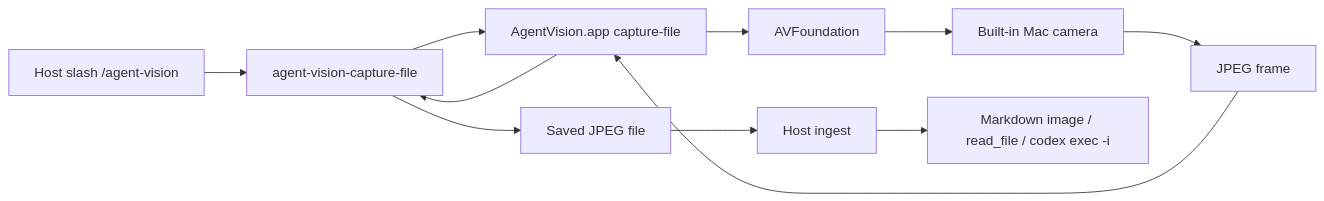
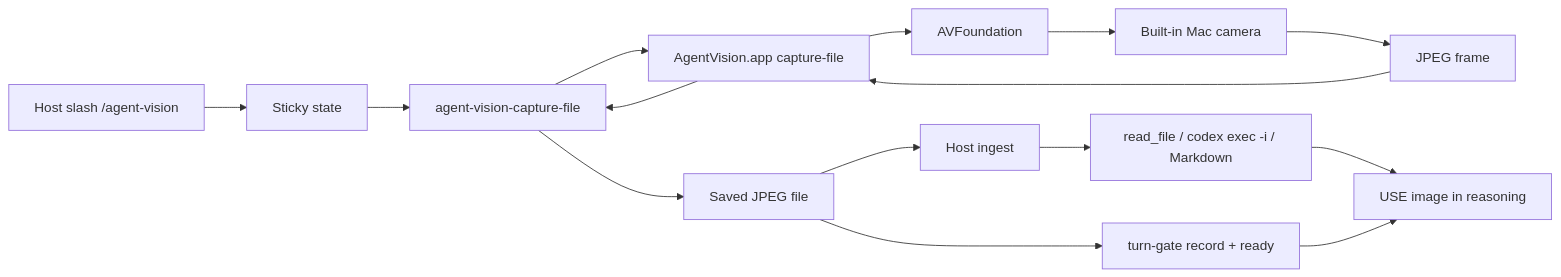
One commit to zfifteen/agent-vision changed the diagram in README.md. Above: the diagram before and after it, drawn with Mermaid. The commit also changed other lines of this file and 12 other files, not shown here.

First line of the commit message:
Document sticky HARD GATE, turn-gate, and session helpers.

````diff
--- a/README.md
+++ b/README.md
@@ -238,13 +271,17 @@
 ```mermaid
 flowchart LR
-  A["Host slash /agent-vision"] --> B["agent-vision-capture-file"]
+  A["Host slash /agent-vision"] --> S["Sticky state"]
+  S --> B["agent-vision-capture-file"]
   B --> C["AgentVision.app capture-file"]
   C --> D["AVFoundation"]
   D --> E["Built-in Mac camera"]
   E --> F["JPEG frame"]
   F --> C
   C --> B
   B --> G["Saved JPEG file"]
+  G --> T["turn-gate record + ready"]
   G --> H["Host ingest"]
-  H --> I["Markdown image / read_file / codex exec -i"]
+  H --> I["read_file / codex exec -i / Markdown"]
+  I --> R["USE image in reasoning"]
+  T --> R
 ```
````
